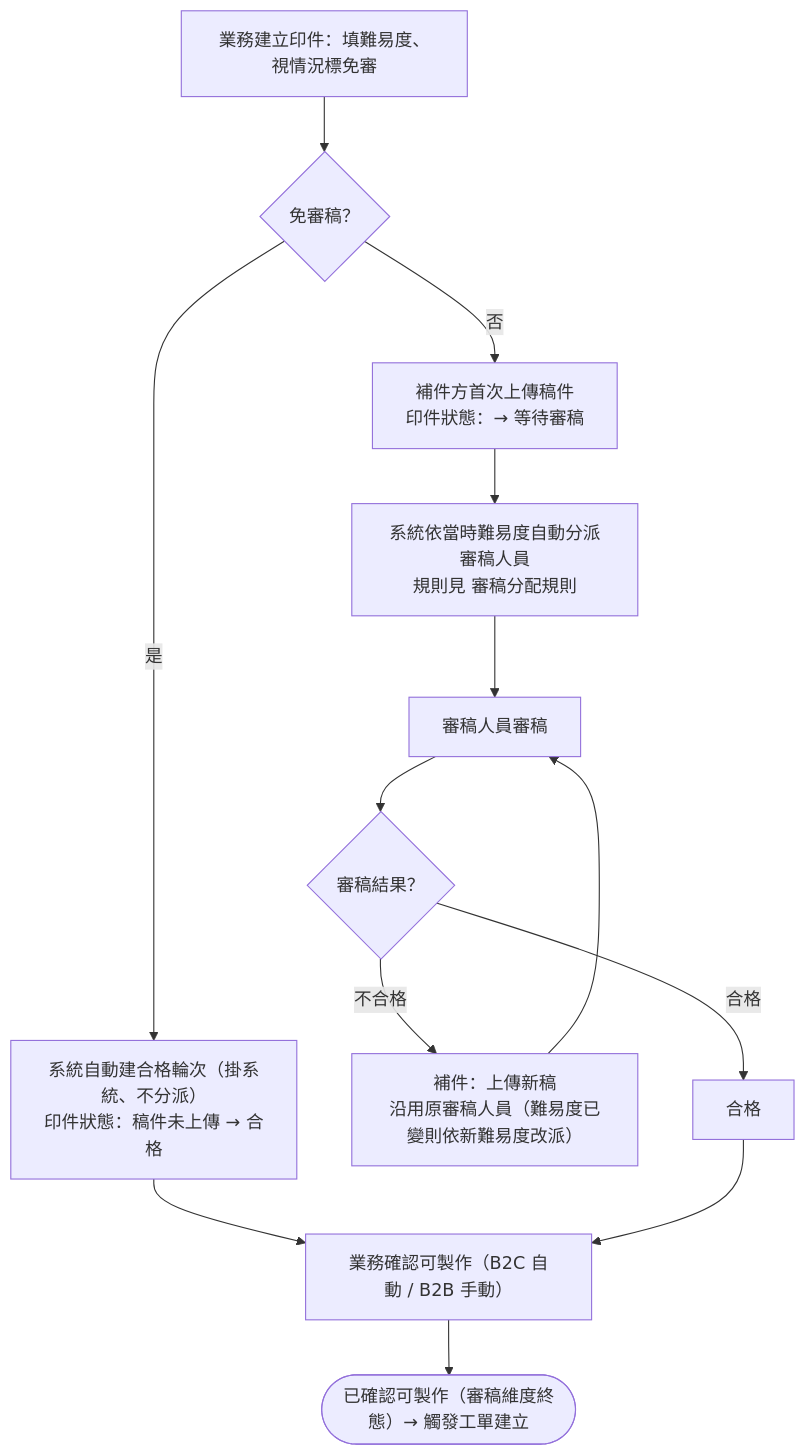
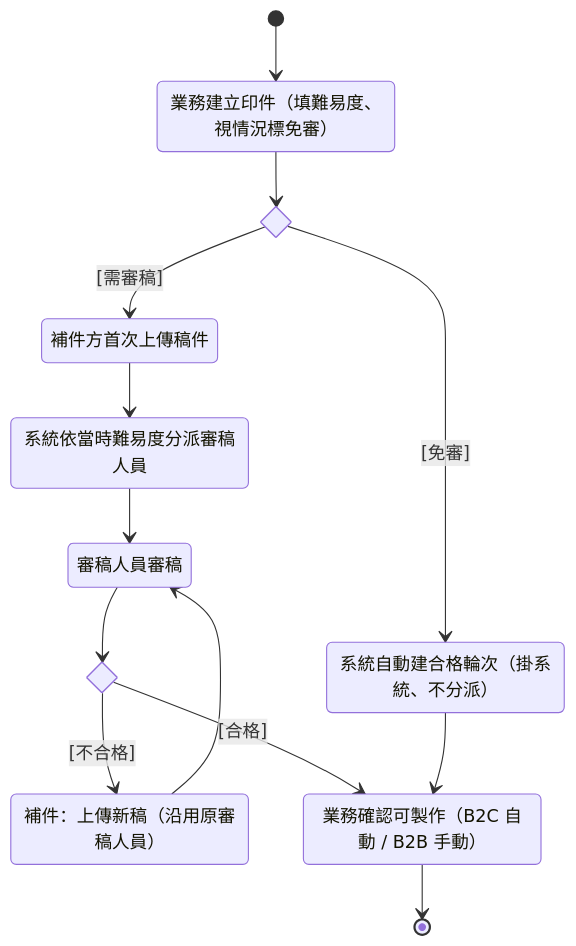
One commit to Kawato-Miles/erp-spec changed the diagram in memory/Sens_wiki/wiki/erp/07-scenarios/印件審稿.md. Above: the diagram before and after it, drawn with Mermaid. The commit also changed other lines of this file and 1 other file, not shown here.

Commit message:
refactor: 印件審稿流程圖改用 UML stateDiagram 記法（對齊狀態機卡）
依 UML 標準規範重繪 [[印件審稿]] §流程視圖：flowchart → stateDiagram-v2（[*] 初始/終止、<<choice>> 判斷節點、[守衛條件] 標籤、拉丁別名），採與 [[印件狀態]] 相同記法。節點為流程動作/決策，與狀態機的狀態節點互補不重複。

````diff
--- a/memory/Sens_wiki/wiki/erp/07-scenarios/印件審稿.md
+++ b/memory/Sens_wiki/wiki/erp/07-scenarios/印件審稿.md
@@ -46,16 +46,27 @@
 ```mermaid
-flowchart TD
-    A["業務建立印件：填難易度、視情況標免審"]
-    A --> B{"免審稿？"}
-    B -- 是 --> C["系統自動建合格輪次（掛系統、不分派）<br/>印件狀態：稿件未上傳 → 合格"]
-    B -- 否 --> D["補件方首次上傳稿件<br/>印件狀態：→ 等待審稿"]
-    D --> E["系統依當時難易度自動分派審稿人員<br/>規則見 審稿分配規則"]
-    E --> F["審稿人員審稿"]
-    F --> G{"審稿結果？"}
-    G -- 不合格 --> H["補件：上傳新稿<br/>沿用原審稿人員（難易度已變則依新難易度改派）"]
-    H --> F
-    G -- 合格 --> I["合格"]
-    C --> J["業務確認可製作（B2C 自動 / B2B 手動）"]
-    I --> J
-    J --> K(["已確認可製作（審稿維度終態）→ 觸發工單建立"])
+stateDiagram-v2
+    direction TB
+
+    state "業務建立印件（填難易度、視情況標免審）" as a_create
+    state if_exempt <<choice>>
+    state "系統自動建合格輪次（掛系統、不分派）" as a_autopass
+    state "補件方首次上傳稿件" as a_upload
+    state "系統依當時難易度分派審稿人員" as a_assign
+    state "審稿人員審稿" as a_review
+    state if_result <<choice>>
+    state "補件：上傳新稿（沿用原審稿人員）" as a_resub
+    state "業務確認可製作（B2C 自動 / B2B 手動）" as a_confirm
+
+    [*] --> a_create
+    a_create --> if_exempt
+    if_exempt --> a_autopass : [免審]
+    if_exempt --> a_upload : [需審稿]
+    a_upload --> a_assign
+    a_assign --> a_review
+    a_review --> if_result
+    if_result --> a_resub : [不合格]
+    a_resub --> a_review
+    if_result --> a_confirm : [合格]
+    a_autopass --> a_confirm
+    a_confirm --> [*]
 ```
````
